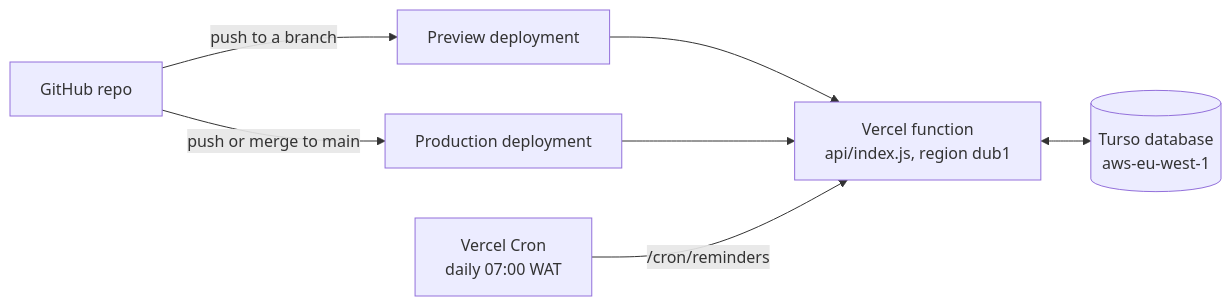
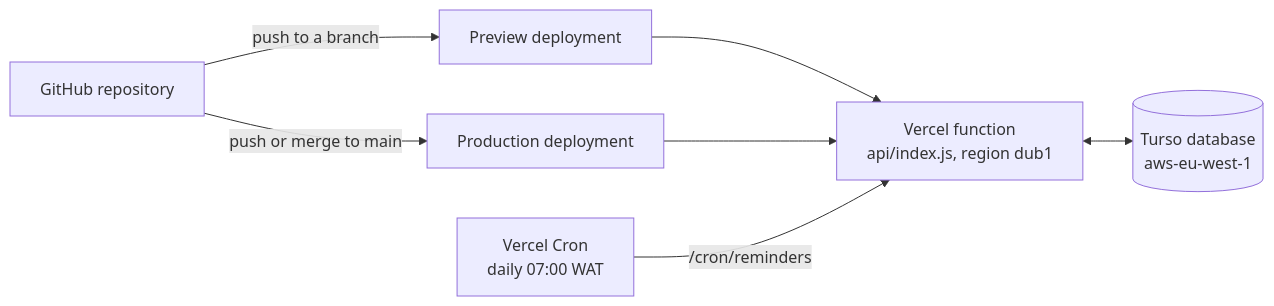
One commit to Jayminai/Remote-HealthCare changed the first of 5 diagrams in README.md. Above: the diagram before and after it, drawn with Mermaid. The commit also changed other lines of this file, not shown here.

````diff
--- a/README.md
+++ b/README.md
@@ -380,8 +373,8 @@
 ```mermaid
 flowchart LR
-  GH[GitHub repo] -->|push to a branch| PV[Preview deployment]
+  GH[GitHub repository] -->|push to a branch| PV[Preview deployment]
   GH -->|push or merge to main| PR[Production deployment]
   PV & PR --> F[Vercel function<br/>api/index.js, region dub1]
   F <--> T[(Turso database<br/>aws-eu-west-1)]
   C[Vercel Cron<br/>daily 07:00 WAT] -->|/cron/reminders| F
 ```
````
